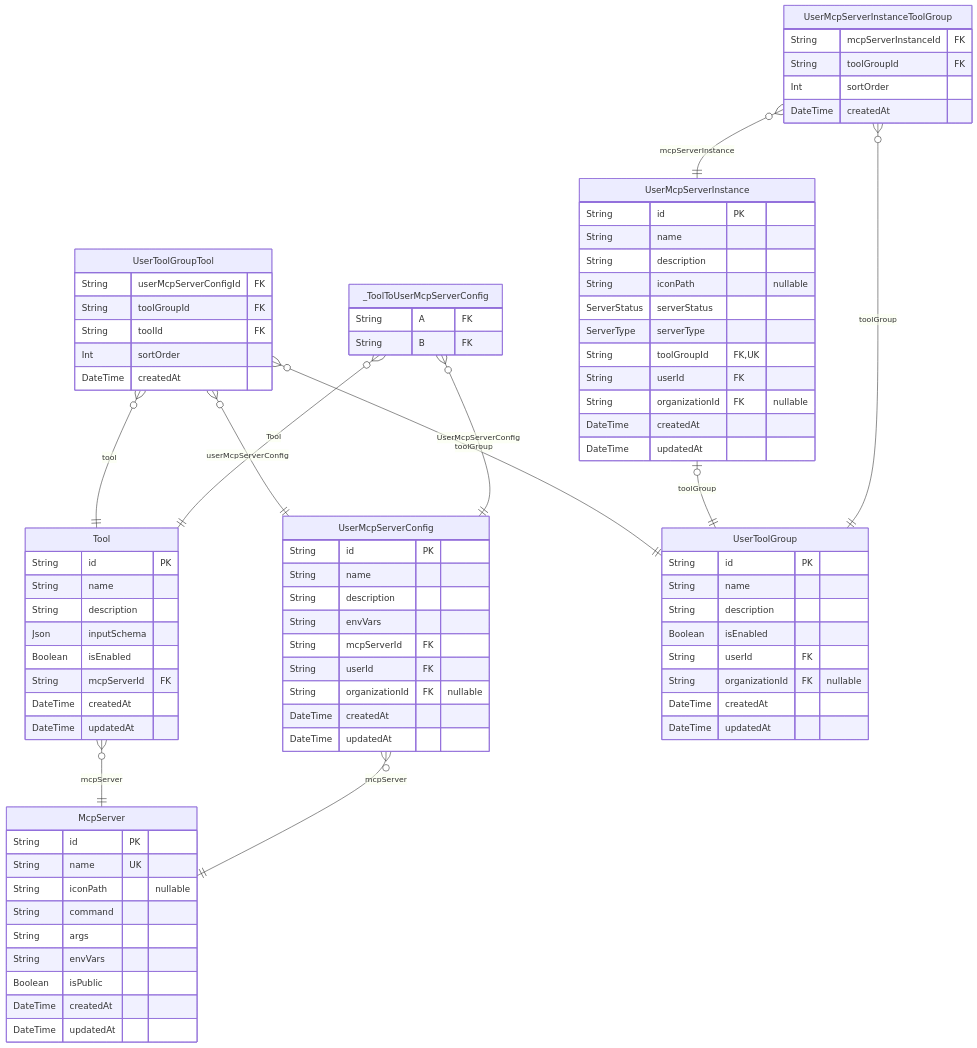
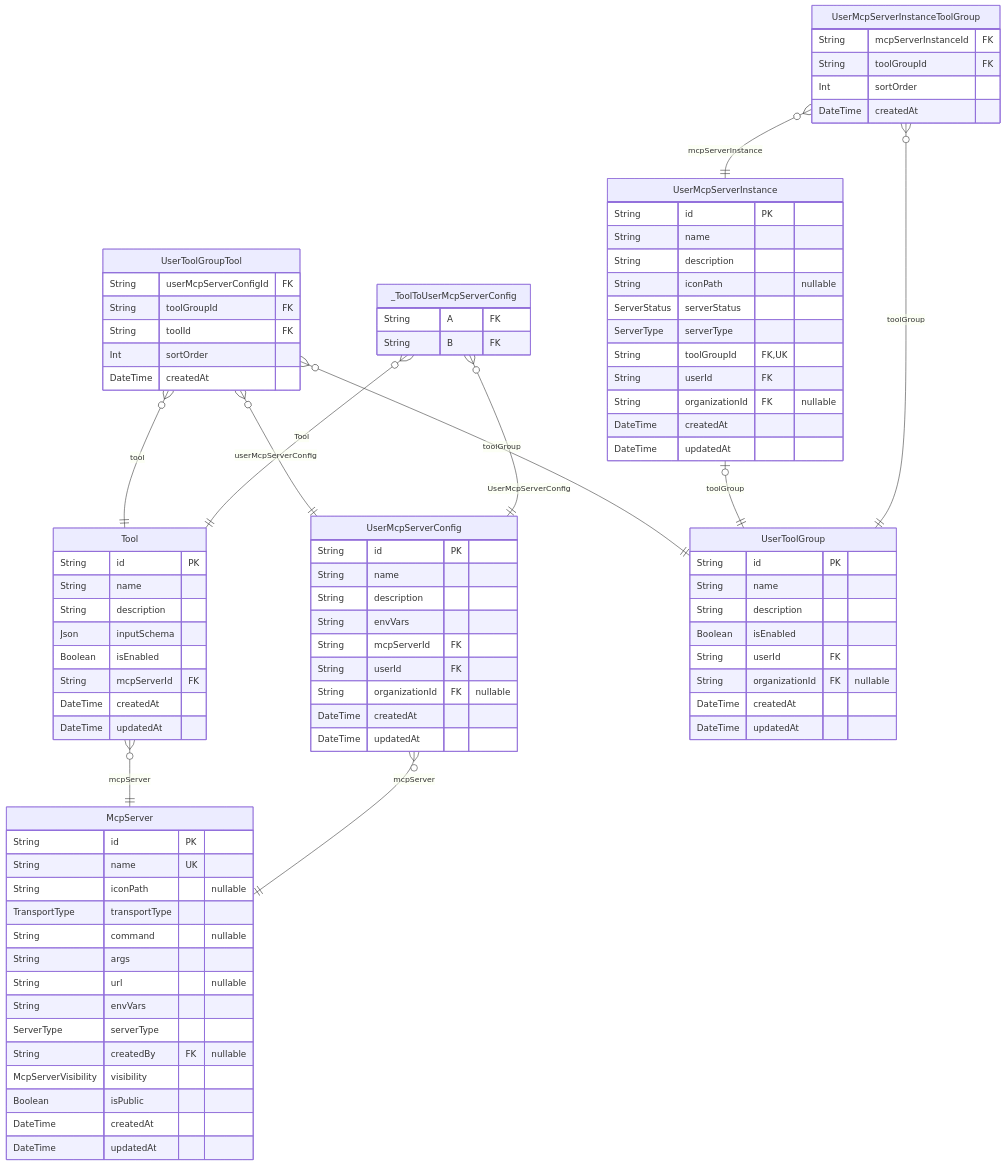
Before and after one commit to rayven122/tumiki: the first of 6 diagrams in packages/db/prisma/README.md, drawn with Mermaid. The commit also changed other lines of this file and 3 other files, not shown here.

```diff
--- a/packages/db/prisma/README.md
+++ b/packages/db/prisma/README.md
@@ -17,9 +15,14 @@
   String id PK
   String name UK
   String iconPath "nullable"
-  String command
+  TransportType transportType
+  String command "nullable"
   String args
+  String url "nullable"
   String envVars
+  ServerType serverType
+  String createdBy FK "nullable"
+  McpServerVisibility visibility
   Boolean isPublic
   DateTime createdAt
   DateTime updatedAt
```
